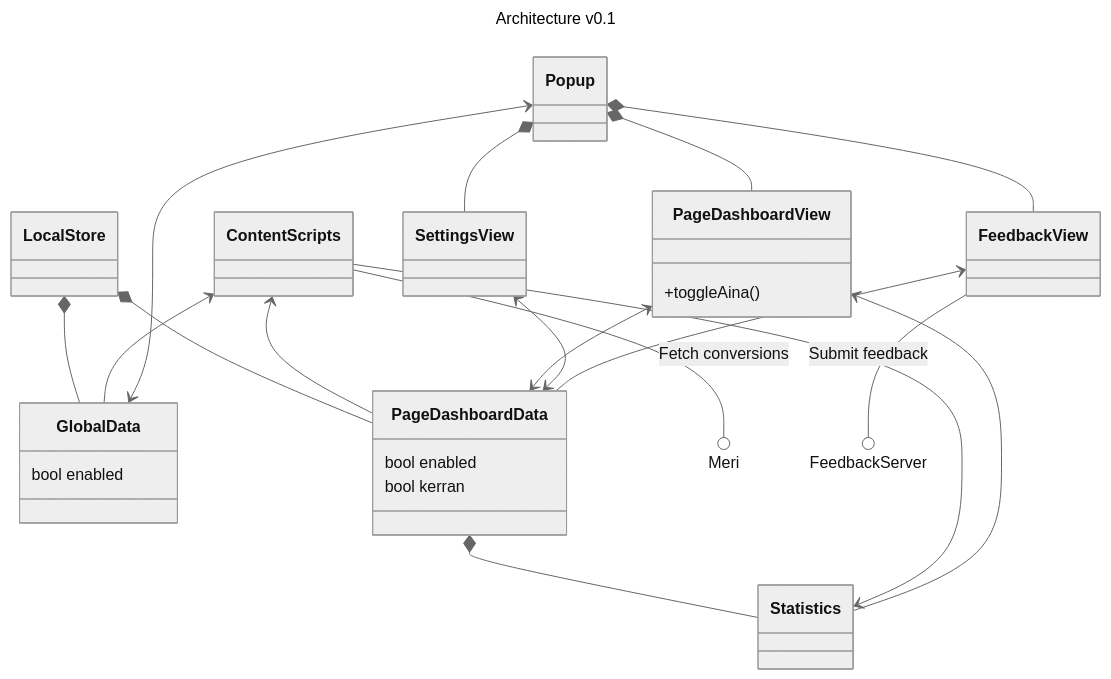
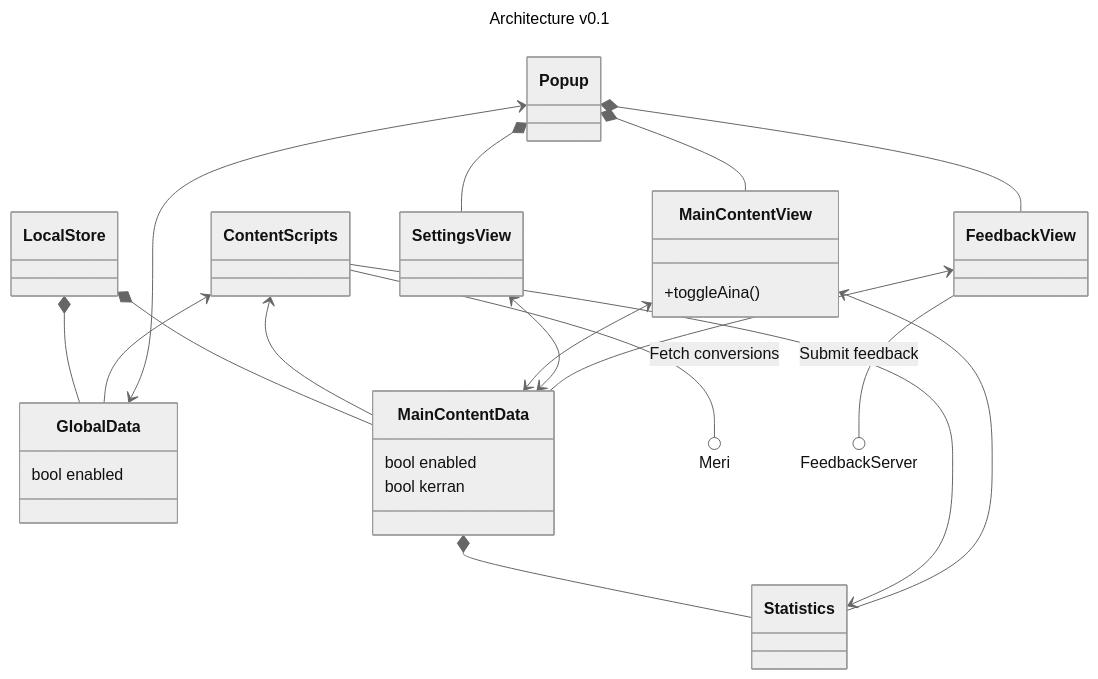
Before and after one commit to Klikkikuri/paatti: the diagram in README.md, drawn with Mermaid (neutral theme). The commit also changed other lines of this file, not shown here.

Commit message:
docs: Rename MainContent in architecture diagram

````diff
--- a/README.md
+++ b/README.md
@@ -24,52 +25,52 @@
 ```mermaid
 ---
 title: Architecture v0.1
 ---
 classDiagram
     direction TB
     class LocalStore{
     }
     class GlobalData{
         bool enabled
     }
-    class PageDashboardData{
+    class MainContentData{
         bool enabled
         bool kerran
     }
     class Statistics{
     }
     class Popup{
     }
     class SettingsView{
     }
-    class PageDashboardView{
+    class MainContentView{
         +toggleAina()
     }
     class FeedbackView{
     }
     class ContentScripts{
     }
 
     LocalStore *-- GlobalData
-    LocalStore *-- PageDashboardData
+    LocalStore *-- MainContentData
 
-    PageDashboardData *-- Statistics
+    MainContentData *-- Statistics
 
     ContentScripts <-- GlobalData
-    ContentScripts <-- PageDashboardData
+    ContentScripts <-- MainContentData
     ContentScripts --> Statistics
     ContentScripts --() Meri : Fetch conversions
 
-    Popup *-- PageDashboardView
+    Popup *-- MainContentView
     Popup *-- SettingsView
     Popup *-- FeedbackView
     Popup <--> GlobalData
 
-    PageDashboardView <-- Statistics
-    PageDashboardView <--> PageDashboardData
+    MainContentView <-- Statistics
+    MainContentView <--> MainContentData
 
-    SettingsView <--> PageDashboardData
+    SettingsView <--> MainContentData
 
-    FeedbackView <-- PageDashboardData
+    FeedbackView <-- MainContentData
     FeedbackView --() FeedbackServer : Submit feedback
 ```
````
